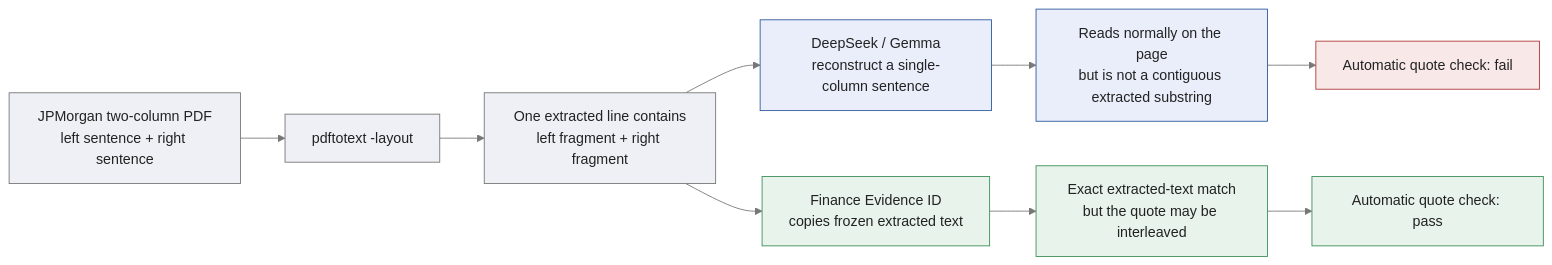
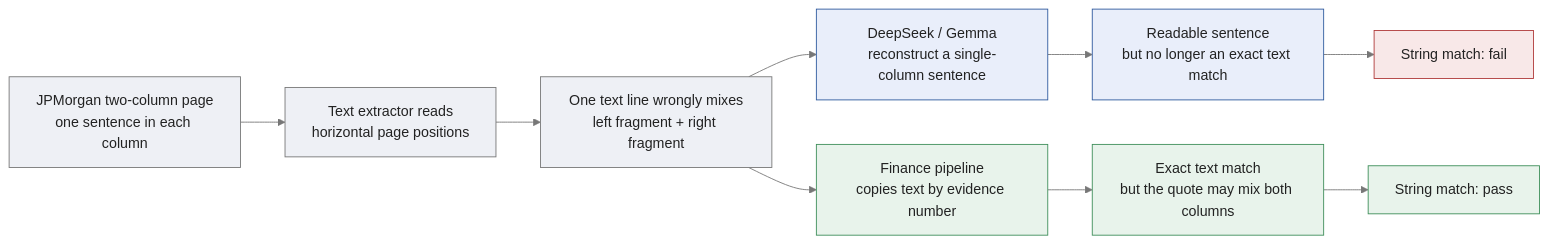
The diagram in report/visuals/src/jpm_two_column_failure.en.mmd (Alhabor/financial-filing-extraction), drawn with Mermaid before and after one commit. The commit also changed 11 other files, not shown here.

```diff
--- a/report/visuals/src/jpm_two_column_failure.en.mmd
+++ b/report/visuals/src/jpm_two_column_failure.en.mmd
@@ -1,21 +1,21 @@
 %%{init: {"theme": "base", "themeVariables": {"fontFamily": "Arial", "primaryTextColor": "#222222", "lineColor": "#777777"}}}%%
 flowchart LR
-  A[JPMorgan two-column PDF<br/>left sentence + right sentence] --> B[pdftotext -layout]
-  B --> C[One extracted line contains<br/>left fragment + right fragment]
+  A[JPMorgan two-column page<br/>one sentence in each column] --> B[Text extractor reads<br/>horizontal page positions]
+  B --> C[One text line wrongly mixes<br/>left fragment + right fragment]
   C --> D1[DeepSeek / Gemma<br/>reconstruct a single-column sentence]
-  C --> D2[Finance Evidence ID<br/>copies frozen extracted text]
-  D1 --> E1[Reads normally on the page<br/>but is not a contiguous extracted substring]
-  D2 --> E2[Exact extracted-text match<br/>but the quote may be interleaved]
-  E1 --> F1[Automatic quote check: fail]
-  E2 --> F2[Automatic quote check: pass]
+  C --> D2[Finance pipeline<br/>copies text by evidence number]
+  D1 --> E1[Readable sentence<br/>but no longer an exact text match]
+  D2 --> E2[Exact text match<br/>but the quote may mix both columns]
+  E1 --> F1[String match: fail]
+  E2 --> F2[String match: pass]
 
   classDef source fill:#EEF0F5,stroke:#777777,color:#222222;
   classDef general fill:#E9EEFA,stroke:#2E5A9E,color:#222222;
   classDef finance fill:#E8F3EB,stroke:#3E8E5A,color:#222222;
   classDef fail fill:#F8E8E8,stroke:#B03A3A,color:#222222;
   classDef pass fill:#E8F3EB,stroke:#3E8E5A,color:#222222;
   class A,B,C source;
   class D1,E1 general;
   class D2,E2 finance;
   class F1 fail;
   class F2 pass;
```
